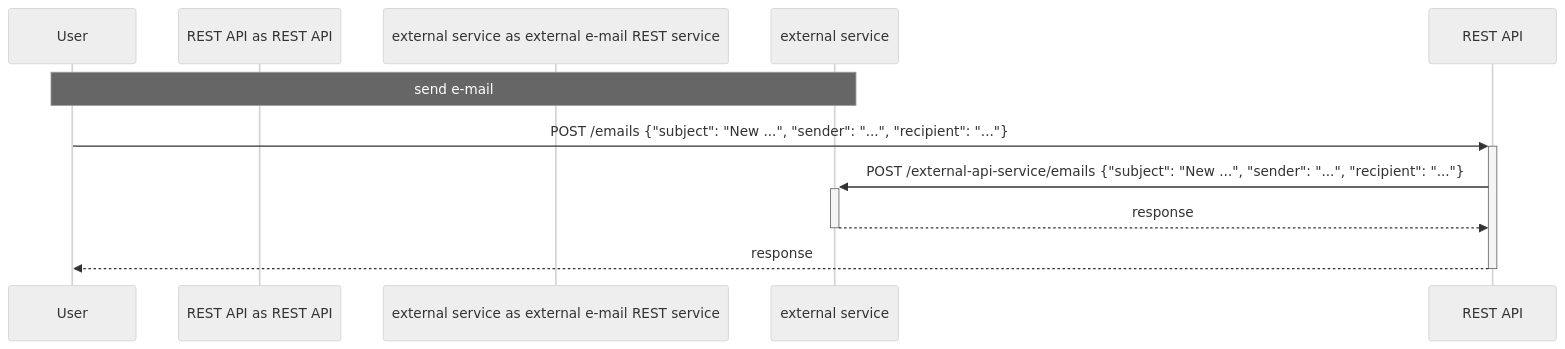
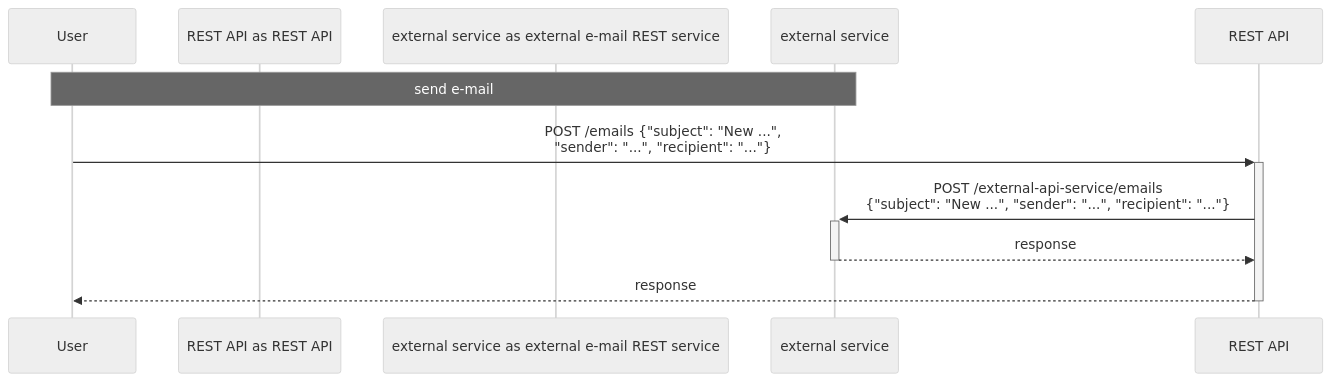
Before and after one commit to allegro/parallel-test-execution-workshop: the diagram in part2.2-rest/.readme/sequence.md, drawn with Mermaid (neutral theme). The commit also changed 3 other files, not shown here.

Commit message:
Compact sequence charts

````diff
--- a/part2.2-rest/.readme/sequence.md
+++ b/part2.2-rest/.readme/sequence.md
@@ -1,11 +1,11 @@
 ```mermaid
 sequenceDiagram
     participant User as User
     participant REST API as REST API
     participant external service as external e-mail REST service
     Note over User, external service: send e-mail
-    User ->>+ REST API: POST /emails {"subject": "New ...", "sender": "...", "recipient": "..."}
-    REST API ->>+ external service: POST /external-api-service/emails {"subject": "New ...", "sender": "...", "recipient": "..."}
+    User ->>+ REST API: POST /emails {"subject": "New ...", <br/>"sender": "...", "recipient": "..."}
+    REST API ->>+ external service: POST /external-api-service/emails <br/>{"subject": "New ...", "sender": "...", "recipient": "..."}
     external service -->>- REST API: response
     REST API -->>- User: response
 ```
````
